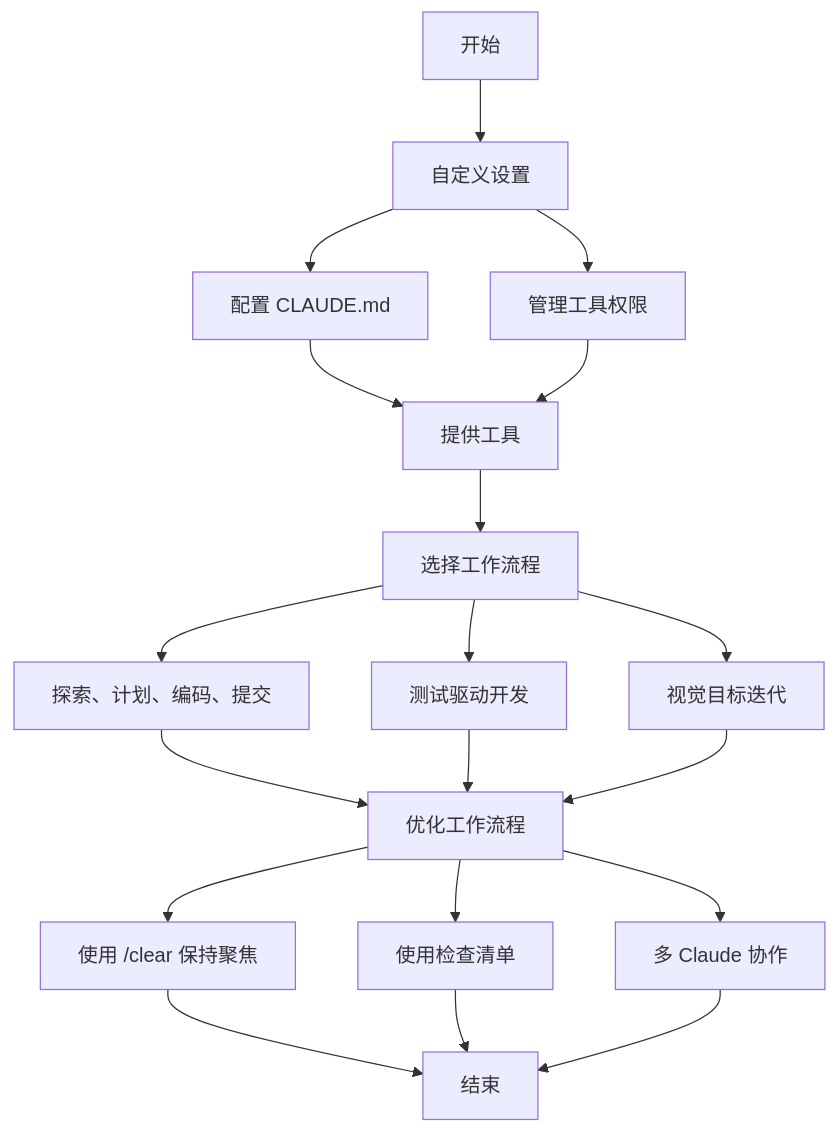
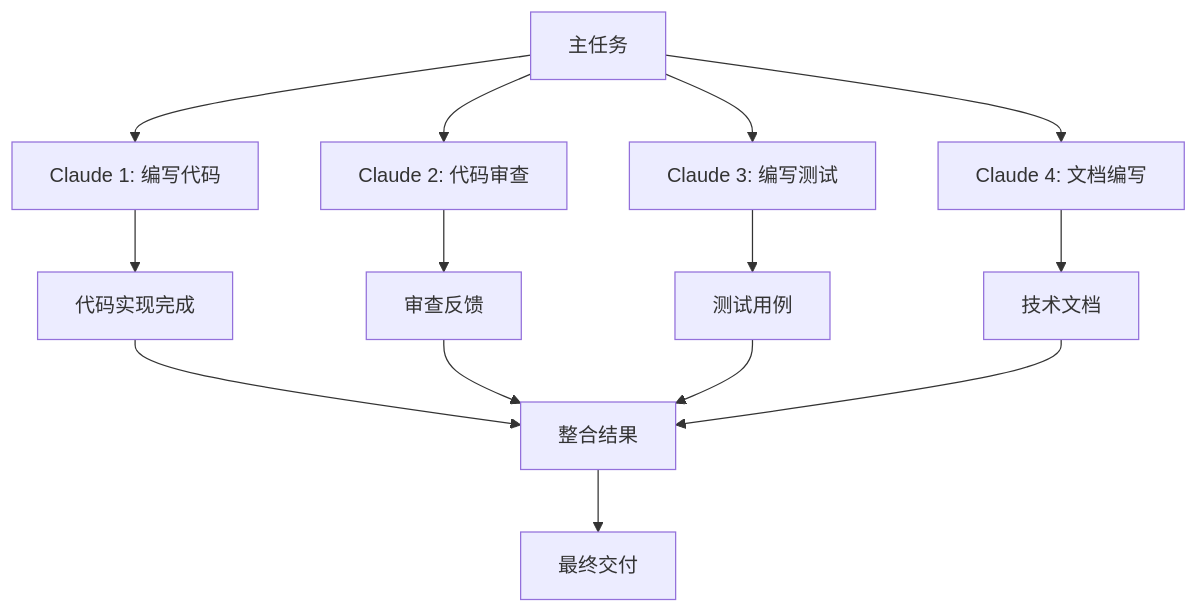
One commit to rubiklife/rubiklife.github.io changed the tenth of 12 diagrams in _posts/2025-09-10-claude-code-best-practices-guide.md. Above: the diagram before and after it, drawn with Mermaid. The commit also changed other lines of this file, not shown here.

Commit message:
Update Claude Code best practices guide with Mermaid diagram

````diff
--- a/_posts/2025-09-10-claude-code-best-practices-guide.md
+++ b/_posts/2025-09-10-claude-code-best-practices-guide.md
@@ -192,21 +470,19 @@
 ```mermaid
-graph TD
-    A[开始] --> B[自定义设置]
-    B --> C[配置 CLAUDE.md]
-    B --> D[管理工具权限]
-    C --> E[提供工具]
-    D --> E
-    E --> F[选择工作流程]
-    F --> G[探索、计划、编码、提交]
-    F --> H[测试驱动开发]
-    F --> I[视觉目标迭代]
-    G --> J[优化工作流程]
+graph TB
+    A[主任务] --> B[Claude 1: 编写代码]
+    A --> C[Claude 2: 代码审查]
+    A --> D[Claude 3: 编写测试]
+    A --> E[Claude 4: 文档编写]
+    
+    B --> F[代码实现完成]
+    C --> G[审查反馈]
+    D --> H[测试用例]
+    E --> I[技术文档]
+    
+    F --> J[整合结果]
+    G --> J
     H --> J
     I --> J
-    J --> K[使用 /clear 保持聚焦]
-    J --> L[使用检查清单]
-    J --> M[多 Claude 协作]
-    K --> N[结束]
-    L --> N
-    M --> N
+    
+    J --> K[最终交付]
 ```
````
